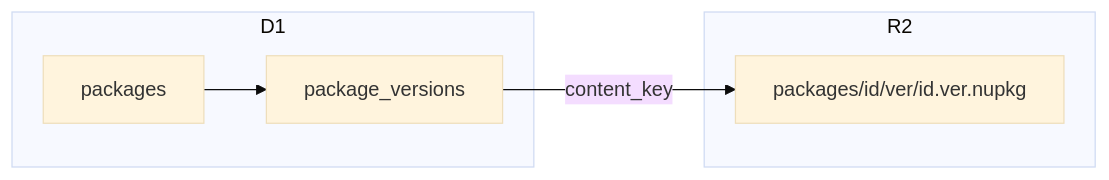
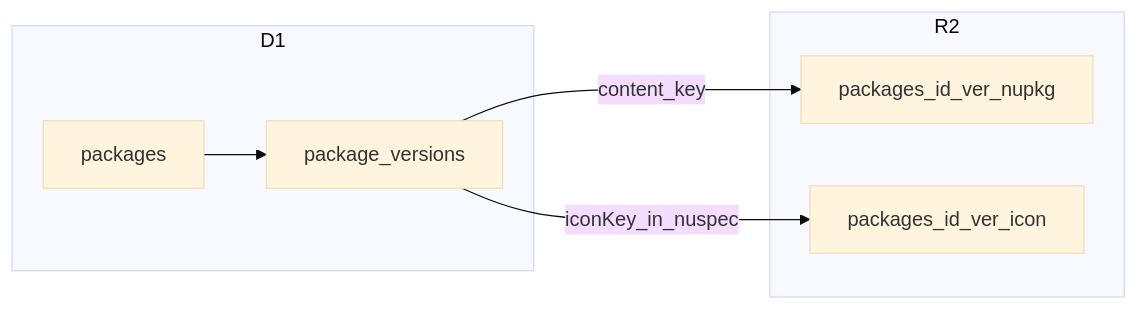
One commit to Xanvil/PluginService changed the third of 3 diagrams in docs/nuget-feed.struct.md. Above: the diagram before and after it, drawn with Mermaid (base theme). The commit also changed other lines of this file and 17 other files, not shown here.

````diff
--- a/docs/nuget-feed.struct.md
+++ b/docs/nuget-feed.struct.md
@@ -77,12 +91,14 @@
 ```mermaid
 flowchart LR
   subgraph d1 [D1]
     packages[packages]
     versions[package_versions]
-    packages --> versions
   end
   subgraph r2 [R2]
-    obj["packages/id/ver/id.ver.nupkg"]
+    nupkg[packages_id_ver_nupkg]
+    icon[packages_id_ver_icon]
   end
-  versions -->|content_key| obj
+  packages --> versions
+  versions -->|content_key| nupkg
+  versions -->|iconKey_in_nuspec| icon
 ```
````
